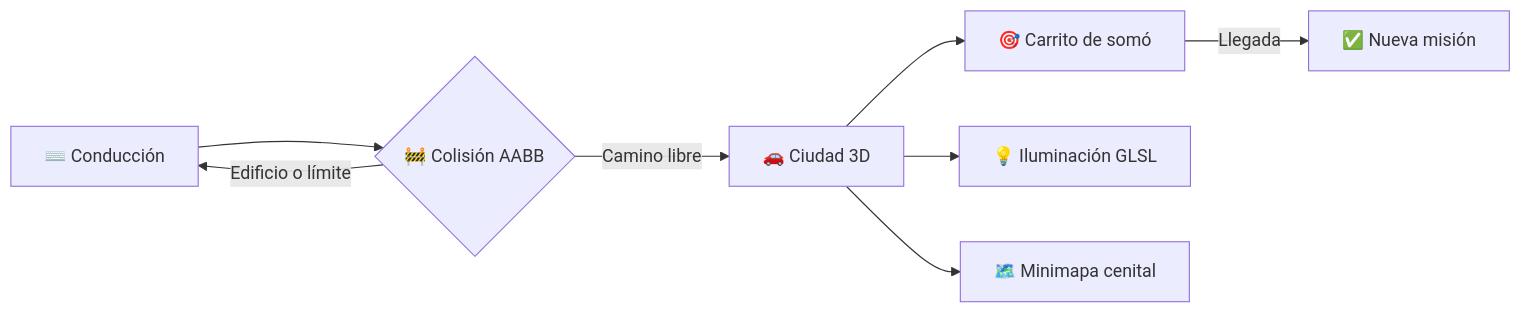
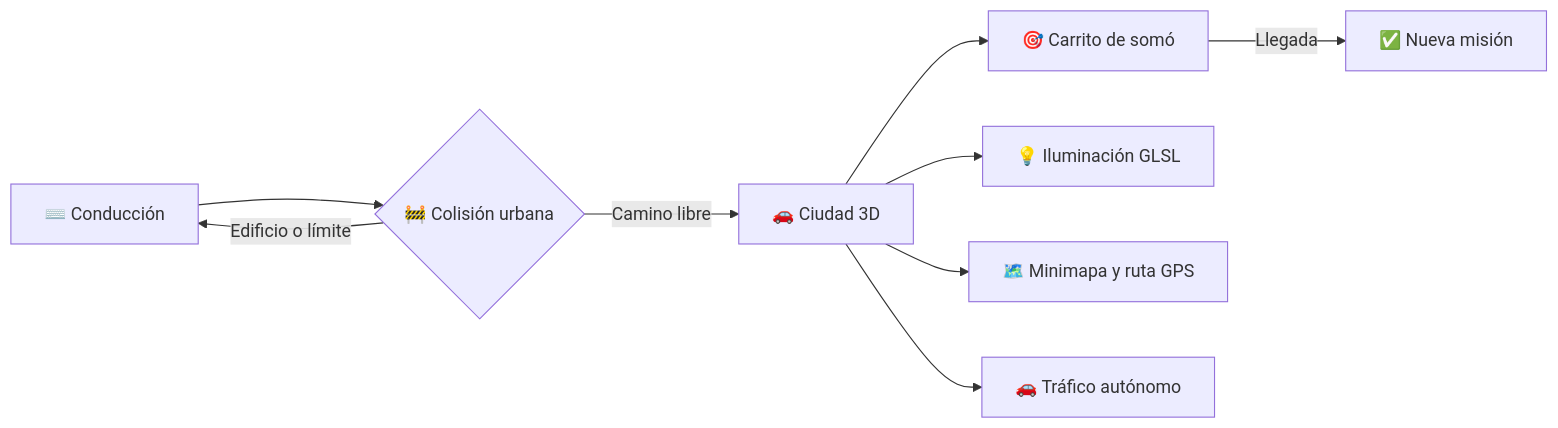
Before and after one commit to alecaballero17/ciudad-interactiva-opengl: the diagram in README.md, drawn with Mermaid. The commit also changed other lines of this file and 4 other files, not shown here.

````diff
--- a/README.md
+++ b/README.md
@@ -37,10 +38,11 @@
 ```mermaid
 flowchart LR
-    A[⌨️ Conducción] --> B{🚧 Colisión AABB}
+    A[⌨️ Conducción] --> B{🚧 Colisión urbana}
     B -->|Camino libre| C[🚗 Ciudad 3D]
     B -->|Edificio o límite| A
     C --> D[🎯 Carrito de somó]
     D -->|Llegada| E[✅ Nueva misión]
     C --> F[💡 Iluminación GLSL]
-    C --> G[🗺️ Minimapa cenital]
+    C --> G[🗺️ Minimapa y ruta GPS]
+    C --> H[🚗 Tráfico autónomo]
 ```
````
